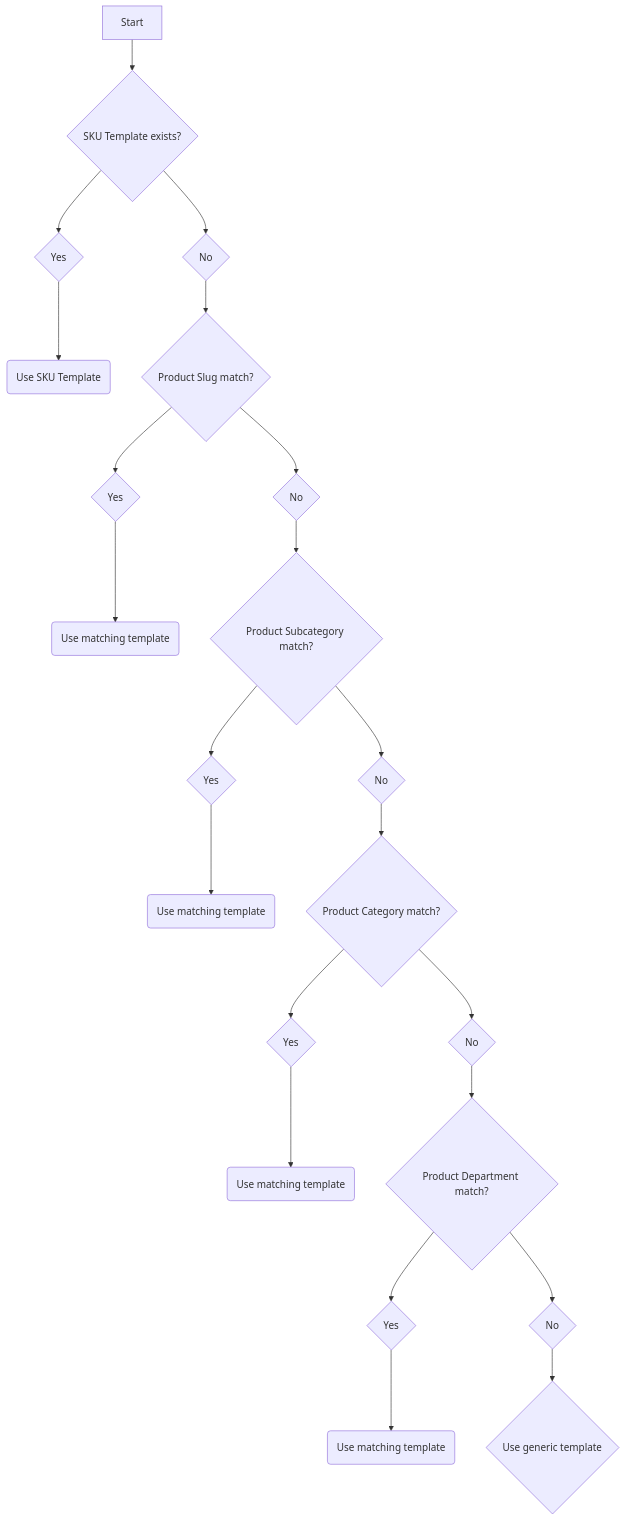
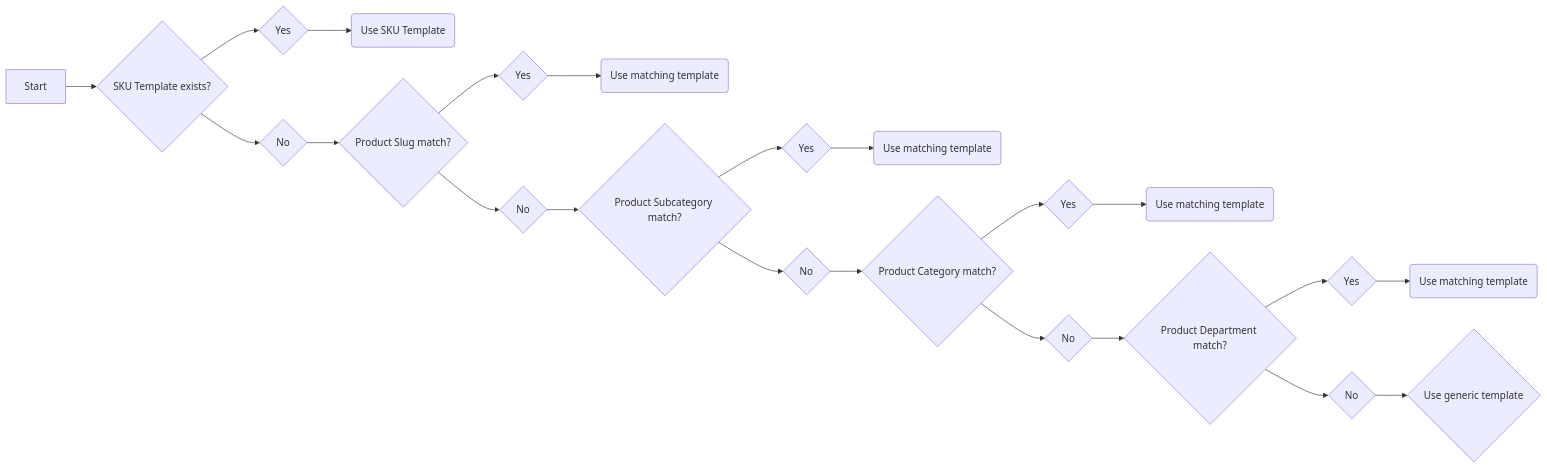
One commit to vtexdocs/dev-portal-content changed the diagram in docs/faststore/docs/headless-cms/multiple-page-template.mdx. Above: the diagram before and after it, drawn with Mermaid.

````diff
--- a/docs/faststore/docs/headless-cms/multiple-page-template.mdx
+++ b/docs/faststore/docs/headless-cms/multiple-page-template.mdx
@@ -63,14 +63,14 @@
 ```mermaid
-graph TB
+graph LR
 A[Start] --> B{SKU Template exists?}
 B --> C{Yes} --> D(Use SKU Template)
 B --> E{No} --> F{Product Slug match?}
 F --> G{Yes} --> H(Use matching template)
 F --> I{No} --> J{Product Subcategory match?}
 J --> K{Yes} --> L(Use matching template)
 J --> M{No} --> N{Product Category match?}
 N --> O{Yes} --> P(Use matching template)
 N --> Q{No} --> R{Product Department match?}
 R --> S{Yes} --> T(Use matching template)
 R --> U{No} --> V{Use generic template}
 ```
````
